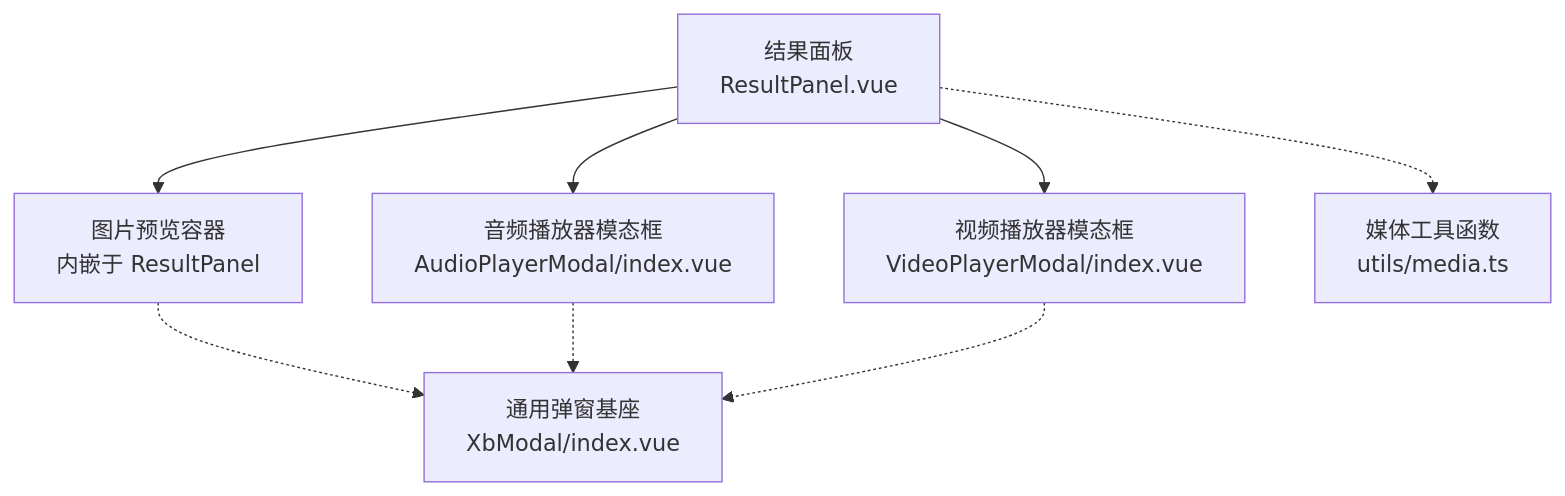
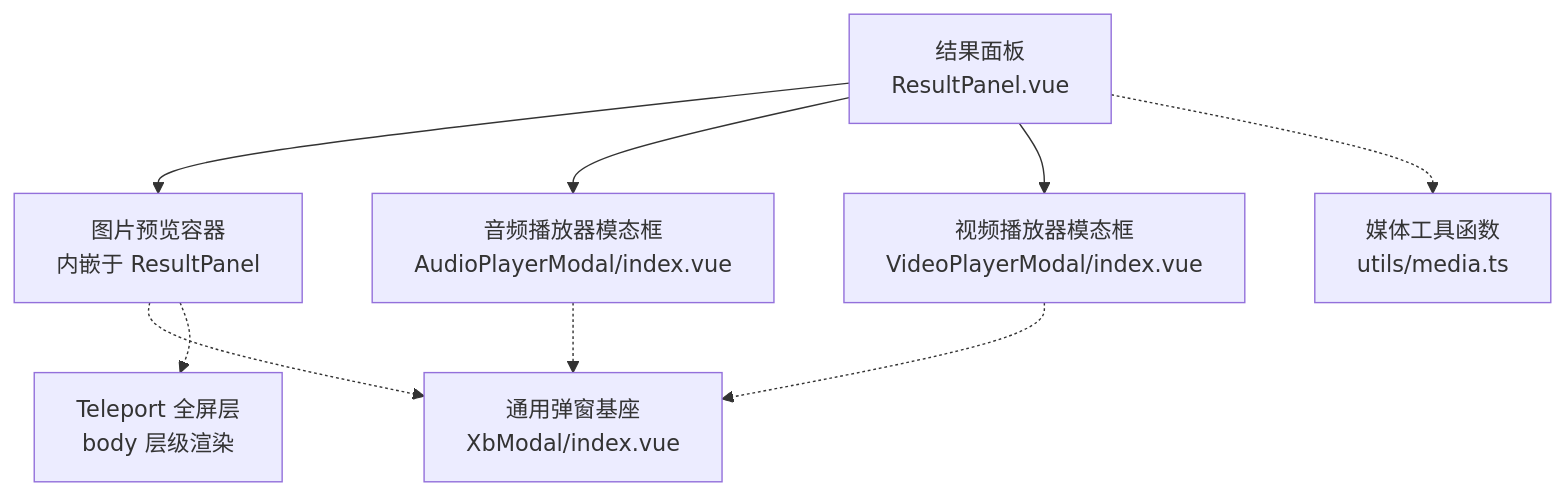
The first of 8 diagrams in .qoder/repowiki/zh/content/前端开发/页面组件/资产管理页面/资产预览模态框.md (cyu100235/lingjing-ai), drawn with Mermaid before and after one commit. The commit also changed other lines of this file and 14 other files, not shown here.

First line of the commit message:
docs(repoviki): 重构资产预览模态框图片全屏功能

````diff
--- a/.qoder/repowiki/zh/content/前端开发/页面组件/资产管理页面/资产预览模态框.md
+++ b/.qoder/repowiki/zh/content/前端开发/页面组件/资产管理页面/资产预览模态框.md
@@ -31,10 +39,11 @@
 ```mermaid
 graph TB
 RP["结果面板<br/>ResultPanel.vue"] --> IMG["图片预览容器<br/>内嵌于 ResultPanel"]
 RP --> AUD["音频播放器模态框<br/>AudioPlayerModal/index.vue"]
 RP --> VID["视频播放器模态框<br/>VideoPlayerModal/index.vue"]
 IMG -.-> XB["通用弹窗基座<br/>XbModal/index.vue"]
 AUD -.-> XB
 VID -.-> XB
 RP -.-> UMedia["媒体工具函数<br/>utils/media.ts"]
+IMG -.-> TELEPORT["Teleport 全屏层<br/>body 层级渲染"]
 ```
````
